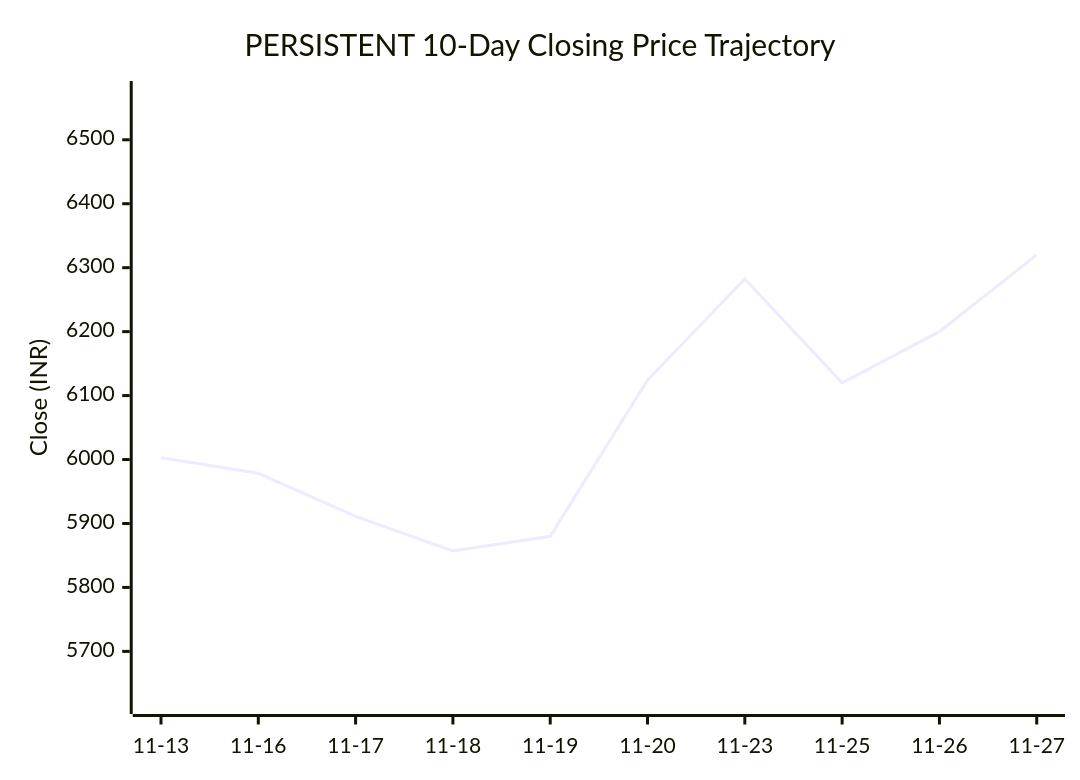
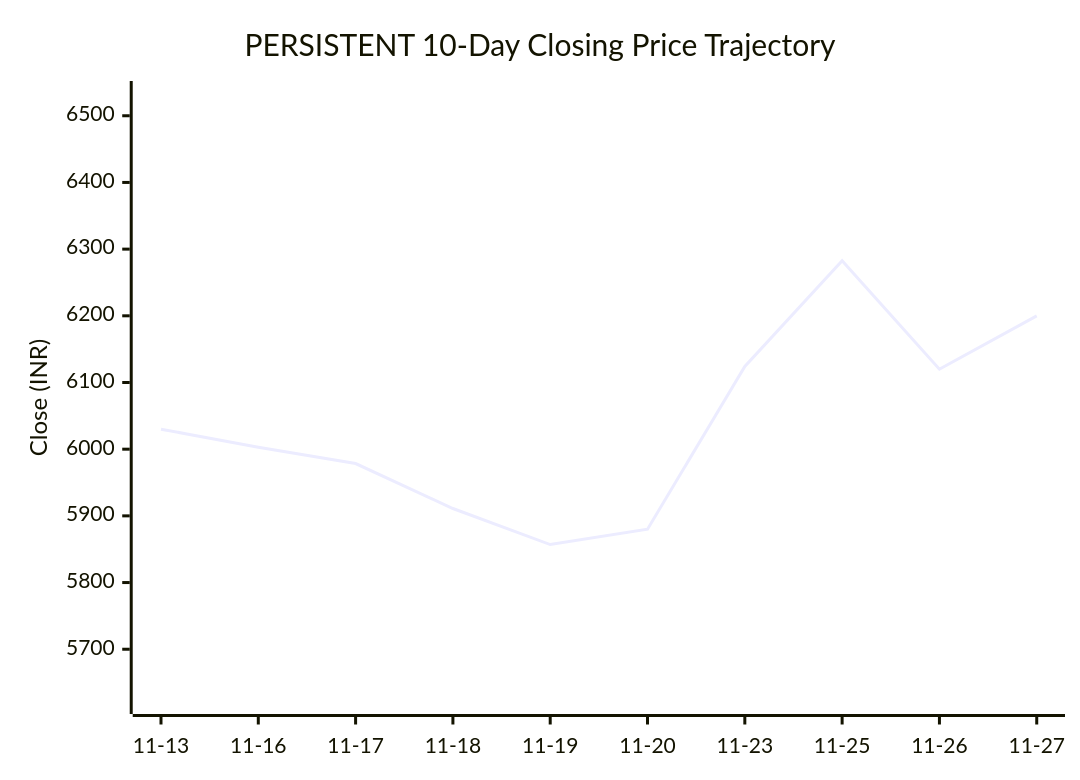
One commit to purnareddy9/dev changed the second of 3 diagrams in market-intelligence/stocks/PERSISTENT/latest.md. Above: the diagram before and after it, drawn with Mermaid. The commit also changed other lines of this file and 3 other files, not shown here.

````diff
--- a/market-intelligence/stocks/PERSISTENT/latest.md
+++ b/market-intelligence/stocks/PERSISTENT/latest.md
@@ -95,7 +95,7 @@
 ```mermaid
 xychart-beta
     title "PERSISTENT 10-Day Closing Price Trajectory"
     x-axis ["11-13", "11-16", "11-17", "11-18", "11-19", "11-20", "11-23", "11-25", "11-26", "11-27"]
-    y-axis "Close (INR)" 5622 --> 6572
-    line [6003.0, 5978.5, 5911.0, 5857.0, 5880.0, 6124.0, 6282.5, 6120.0, 6200.0, 6320.0]
+    y-axis "Close (INR)" 5622 --> 6533
+    line [6030.0, 6003.0, 5978.5, 5911.0, 5857.0, 5880.0, 6124.0, 6282.5, 6120.0, 6200.0]
 ```
````
